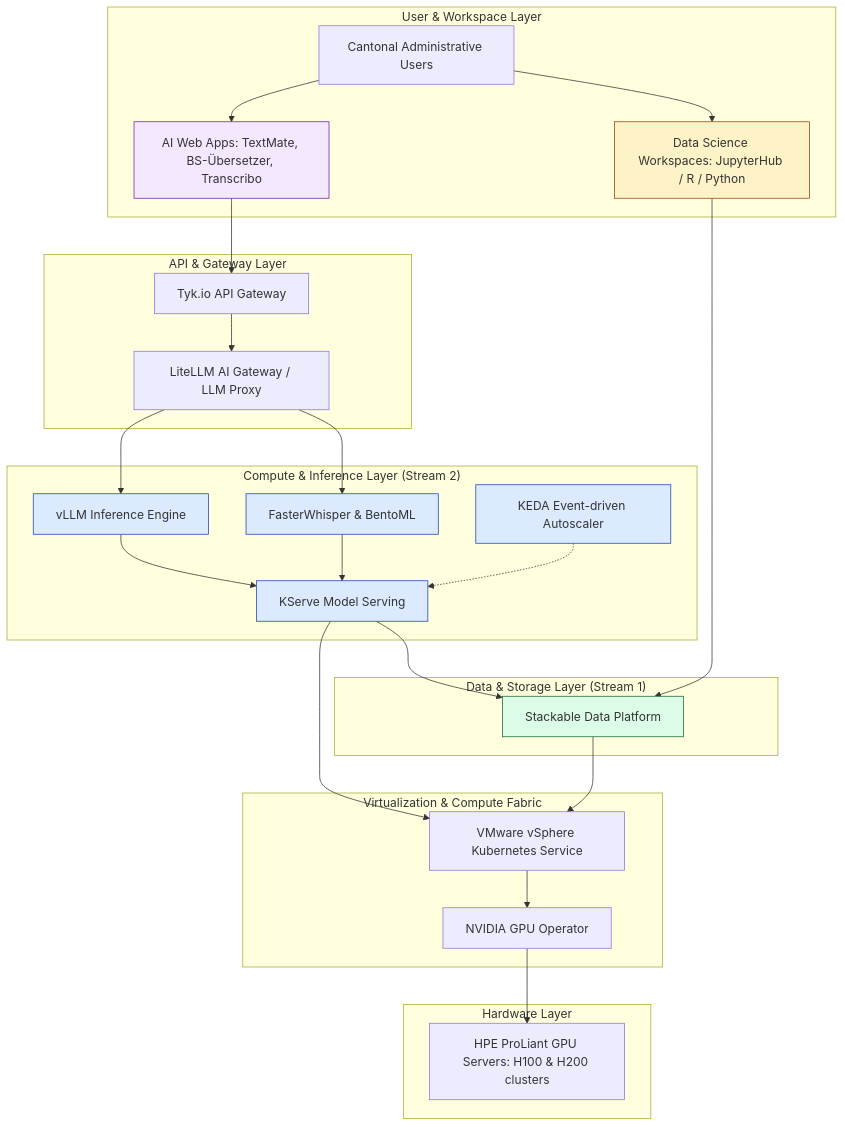
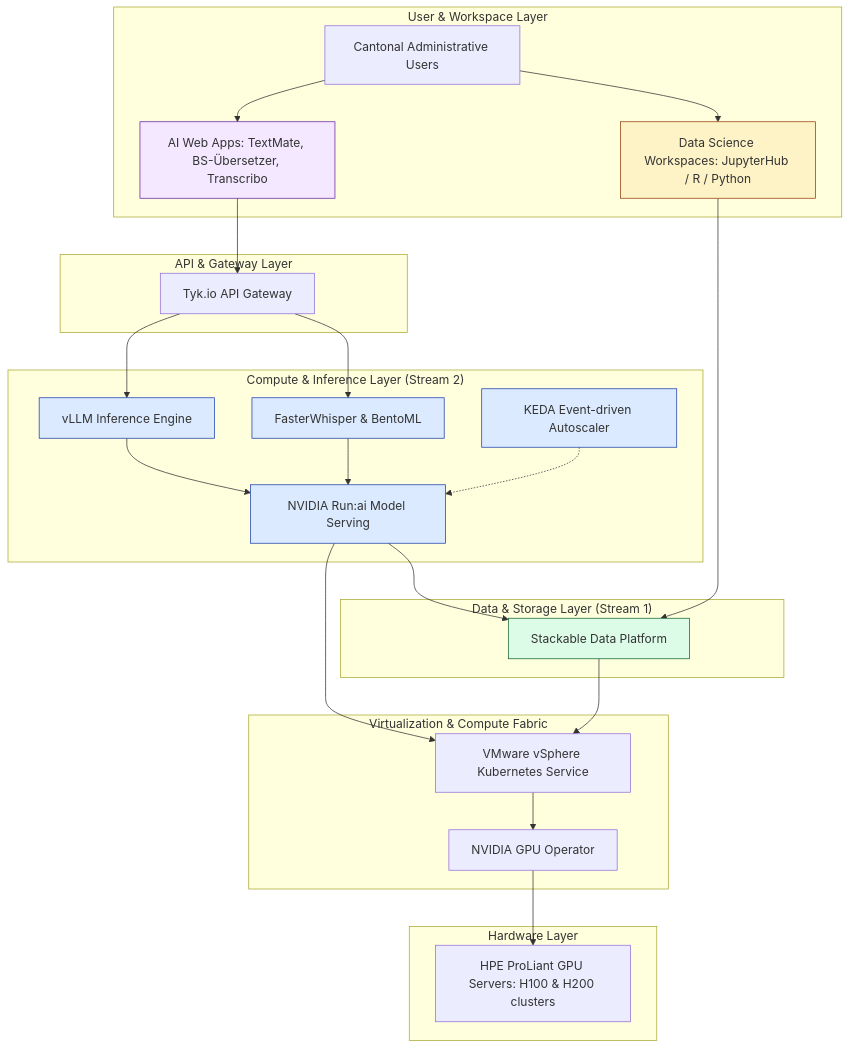
Before and after one commit to DCC-BS/documentation: the diagram in markdown/infrastructure/index.md, drawn with Mermaid. The commit also changed other lines of this file and 3 other files, not shown here.

````diff
--- a/markdown/infrastructure/index.md
+++ b/markdown/infrastructure/index.md
@@ -45,45 +45,44 @@
 ```mermaid
 graph TD
     subgraph user_layer ["User & Workspace Layer"]
         A[Cantonal Administrative Users] --> B[AI Web Apps: TextMate, BS-Übersetzer, Transcribo]
         A --> C[Data Science Workspaces: JupyterHub / R / Python]
     end
 
     subgraph api_layer ["API & Gateway Layer"]
         B --> D[Tyk.io API Gateway]
-        D --> E[LiteLLM AI Gateway / LLM Proxy]
     end
 
     subgraph compute_layer ["Compute & Inference Layer (Stream 2)"]
-        E --> F[vLLM Inference Engine]
-        E --> G[FasterWhisper & BentoML]
-        F --> H[KServe Model Serving]
+        D --> F[vLLM Inference Engine]
+        D --> G[FasterWhisper & BentoML]
+        F --> H[NVIDIA Run:ai Model Serving]
         G --> H
         I[KEDA Event-driven Autoscaler] -.-> H
     end
 
     subgraph data_layer ["Data & Storage Layer (Stream 1)"]
         H --> J[Stackable Data Platform]
         C --> J
     end
 
     subgraph virtualization_layer ["Virtualization & Compute Fabric"]
         H --> K[VMware vSphere Kubernetes Service]
         J --> K
         K --> L[NVIDIA GPU Operator]
     end
 
     subgraph hardware_layer ["Hardware Layer"]
         L --> M[HPE ProLiant GPU Servers: H100 & H200 clusters]
     end
 
     classDef stream1 fill:#dcfce7,stroke:#166534,stroke-width:1px;
     classDef stream2 fill:#dbeafe,stroke:#1e40af,stroke-width:1px;
     classDef stream3 fill:#fef3c7,stroke:#92400e,stroke-width:1px;
     classDef stream4 fill:#f3e8ff,stroke:#6b21a8,stroke-width:1px;
 
     class J stream1;
     class F,G,H,I stream2;
     class C stream3;
     class B stream4;
 ```
````
